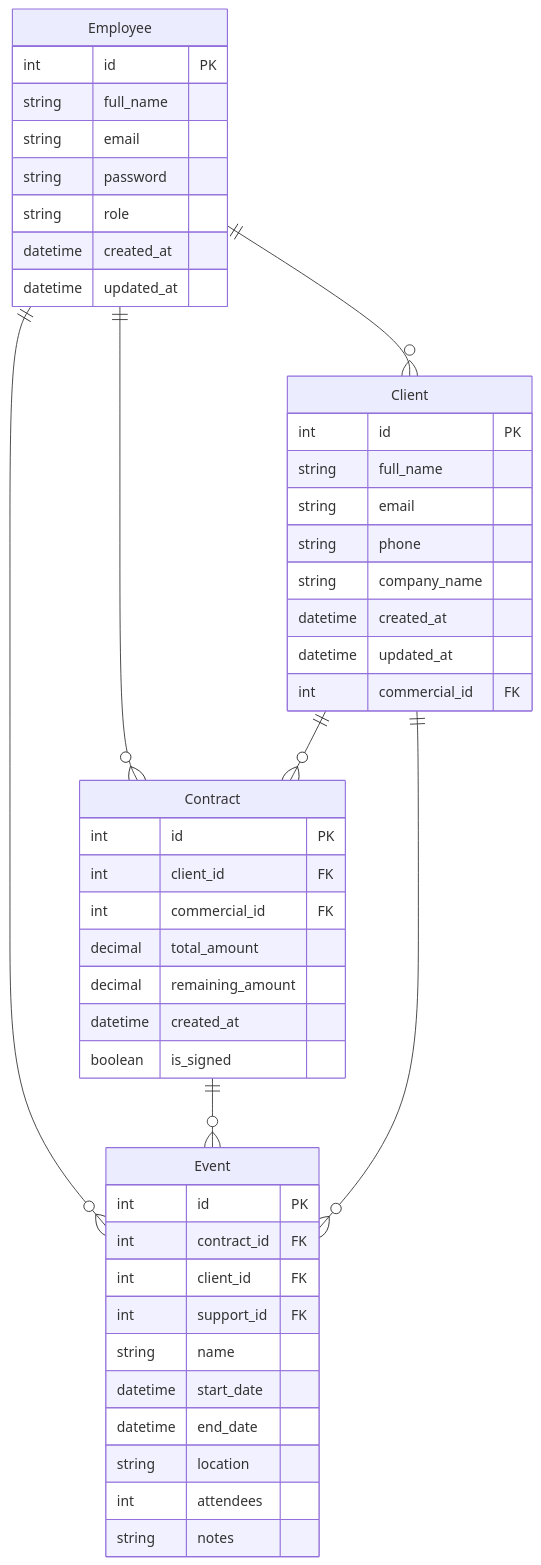
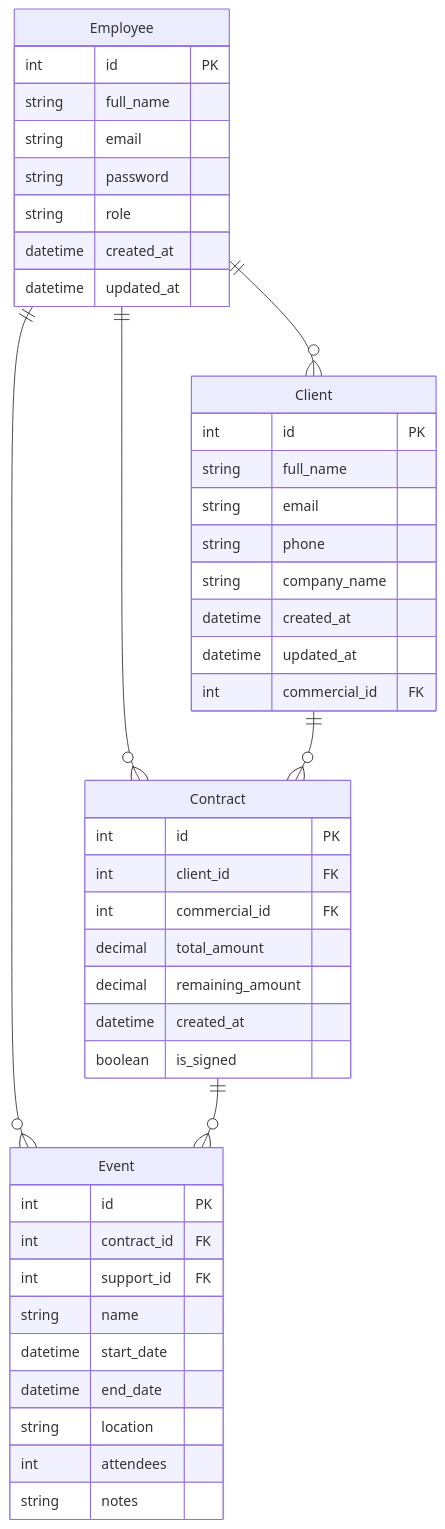
Before and after one commit to MilleriouxMaxime/Projet_12: the diagram in db_diagram.md, drawn with Mermaid. The commit also changed 6 other files, not shown here.

Commit message:
remove client id from event

````diff
--- a/db_diagram.md
+++ b/db_diagram.md
@@ -3,58 +3,56 @@
 ```mermaid
 erDiagram
     Employee {
         int id PK
         string full_name
         string email
         string password
         string role
         datetime created_at
         datetime updated_at
     }
 
     Client {
         int id PK
         string full_name
         string email
         string phone
         string company_name
         datetime created_at
         datetime updated_at
         int commercial_id FK
     }
 
     Contract {
         int id PK
         int client_id FK
         int commercial_id FK
         decimal total_amount
         decimal remaining_amount
         datetime created_at
         boolean is_signed
     }
 
     Event {
         int id PK
         int contract_id FK
-        int client_id FK
         int support_id FK
         string name
         datetime start_date
         datetime end_date
         string location
         int attendees
         string notes
     }
 
     Employee ||--o{ Client : ""
     Employee ||--o{ Contract : ""
     Employee ||--o{ Event : ""
     Client ||--o{ Contract : ""
     Contract ||--o{ Event : ""
-    Client ||--o{ Event : ""
 
     %% Role constraints
     %% Commercial employees can manage clients and contracts
     %% Support employees can manage events
     %% Management employees can manage all
 ``` 
````
